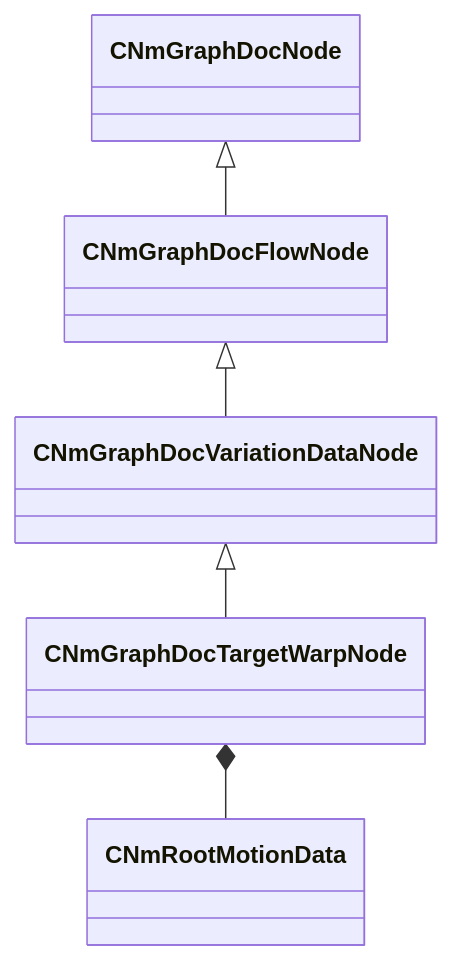
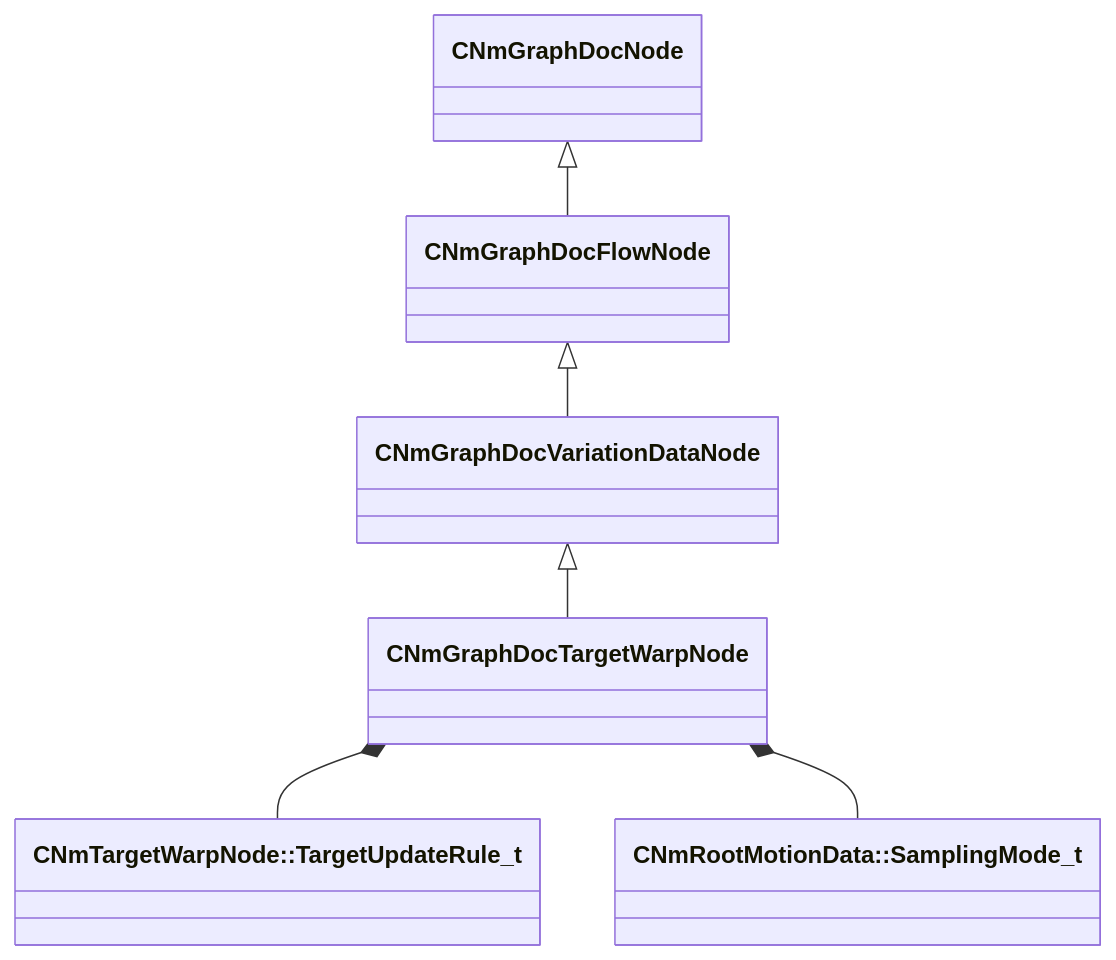
The diagram in docs/generated/schemas/animdoclib/CNmGraphDocTargetWarpNode.md (CS2OpenDev/CS2OpenDev-Docs), drawn with Mermaid before and after one commit. The commit also changed other lines of this file and 4525 other files, not shown here.

````diff
--- a/docs/generated/schemas/animdoclib/CNmGraphDocTargetWarpNode.md
+++ b/docs/generated/schemas/animdoclib/CNmGraphDocTargetWarpNode.md
@@ -17,7 +19,8 @@
 ```mermaid
 classDiagram
     CNmGraphDocVariationDataNode <|-- CNmGraphDocTargetWarpNode
     CNmGraphDocFlowNode <|-- CNmGraphDocVariationDataNode
     CNmGraphDocNode <|-- CNmGraphDocFlowNode
-    CNmGraphDocTargetWarpNode *-- CNmRootMotionData
+    CNmGraphDocTargetWarpNode *-- `CNmTargetWarpNode::TargetUpdateRule_t`
+    CNmGraphDocTargetWarpNode *-- `CNmRootMotionData::SamplingMode_t`
 ```
````
